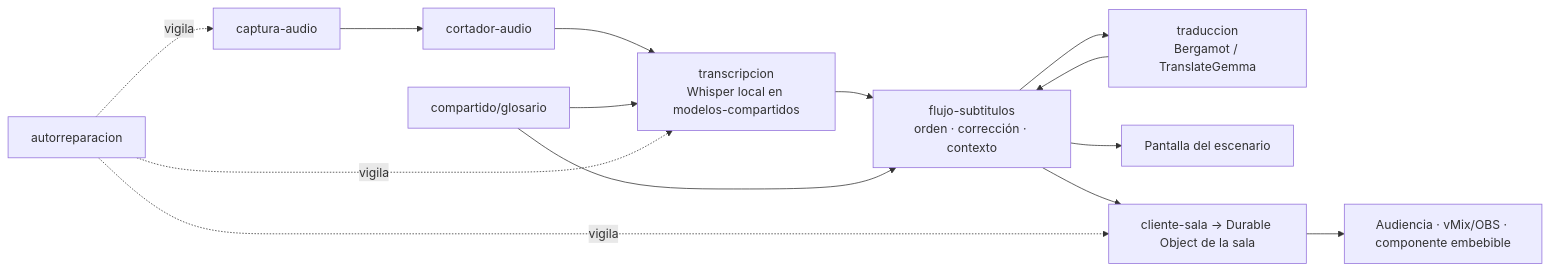
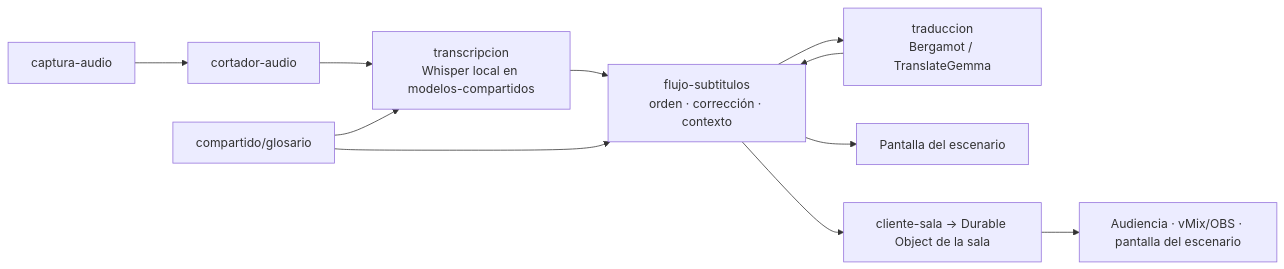
One commit to Vanessaalberti/nativox-app changed the second of 2 diagrams in documentacion/arquitectura.md. Above: the diagram before and after it, drawn with Mermaid. The commit also changed other lines of this file and 30 other files, not shown here.

````diff
--- a/documentacion/arquitectura.md
+++ b/documentacion/arquitectura.md
@@ -37,16 +36,13 @@
 ```mermaid
 flowchart LR
   cap[captura-audio] --> cor[cortador-audio]
   cor --> tr[transcripcion<br/>Whisper local en modelos-compartidos]
   tr --> flujo[flujo-subtitulos<br/>orden · corrección · contexto]
   glo[compartido/glosario] --> tr
   glo --> flujo
   flujo --> tl[traduccion<br/>Bergamot / TranslateGemma]
   tl --> flujo
   flujo --> esc[Pantalla del escenario]
   flujo --> ws[cliente-sala → Durable Object de la sala]
-  ws --> aud[Audiencia · vMix/OBS · componente embebible]
-  rep[autorreparacion] -.vigila.-> cap
-  rep -.vigila.-> tr
-  rep -.vigila.-> ws
+  ws --> aud[Audiencia · vMix/OBS · pantalla del escenario]
 ```
````
